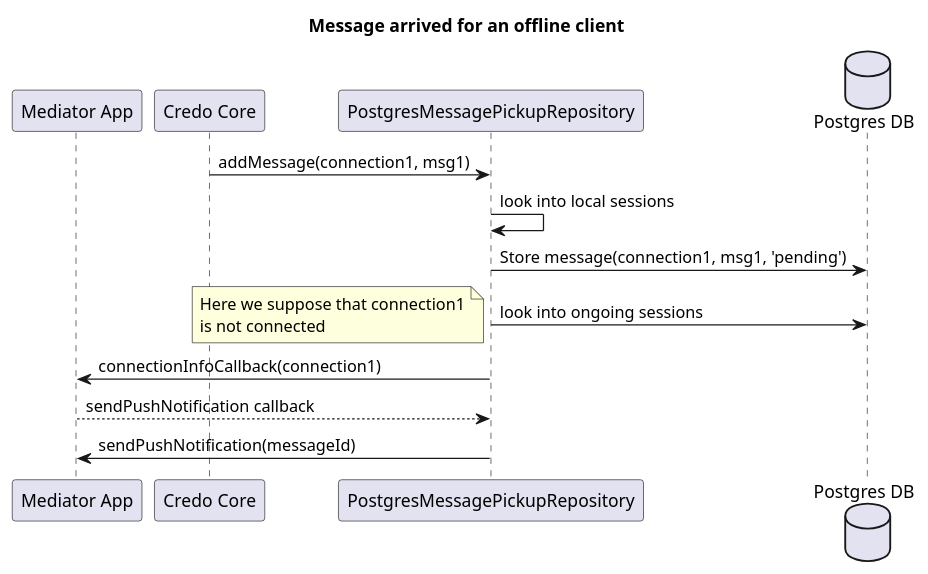
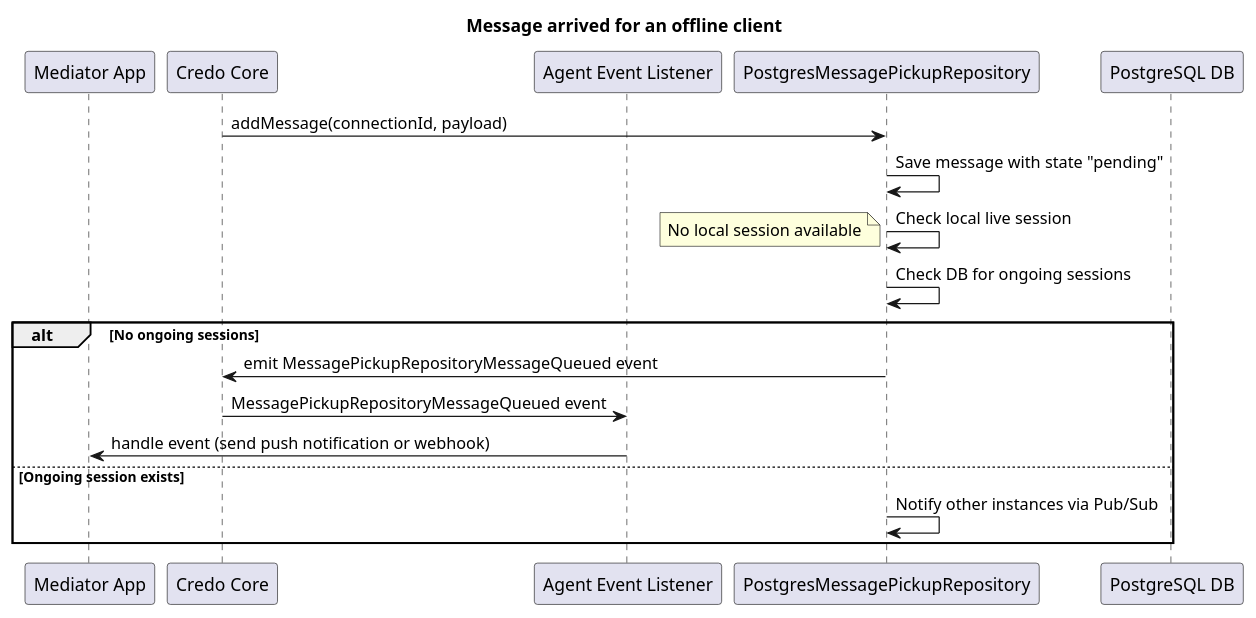
Before and after one commit to 2060-io/message-pickup-repository: the diagram in packages/postgres/docs/diagrams/message-arrived-offline-client.puml, drawn with PlantUML. The commit also changed 11 other files, not shown here.

```diff
--- a/packages/postgres/docs/diagrams/message-arrived-offline-client.puml
+++ b/packages/postgres/docs/diagrams/message-arrived-offline-client.puml
@@ -1,21 +1,25 @@
 @startuml
 title Message arrived for an offline client
 
 participant CA1 as "Mediator App"
 participant CC1 as "Credo Core"
-participant CP1 as "PostgresMessagePickupRepository" 
-database PG as "Postgres DB"
+participant CC2 as "Agent Event Listener"
+participant CP1 as "PostgresMessagePickupRepository"
+participant DB as "PostgreSQL DB"
 
-CC1 -> CP1: addMessage(connection1, msg1)
-CP1 -> CP1: look into local sessions
-CP1 -> PG: Store message(connection1, msg1, 'pending')
-CP1 -> PG: look into ongoing sessions
+CC1 -> CP1: addMessage(connectionId, payload)
+CP1 -> CP1: Save message with state "pending"
+CP1 -> CP1: Check local live session
 note left
-Here we suppose that connection1
-is not connected
+No local session available
 end note
-CP1 -> CA1: connectionInfoCallback(connection1)
-CA1 --> CP1: sendPushNotification callback
-CA1 <- CP1: sendPushNotification(messageId)
+CP1 -> CP1: Check DB for ongoing sessions
+alt No ongoing sessions
+  CP1 -> CC1: emit MessagePickupRepositoryMessageQueued event
+  CC1 -> CC2: MessagePickupRepositoryMessageQueued event
+  CC2 -> CA1: handle event (send push notification or webhook)
+else Ongoing session exists
+  CP1 -> CP1: Notify other instances via Pub/Sub
+end
 
 @enduml
```
